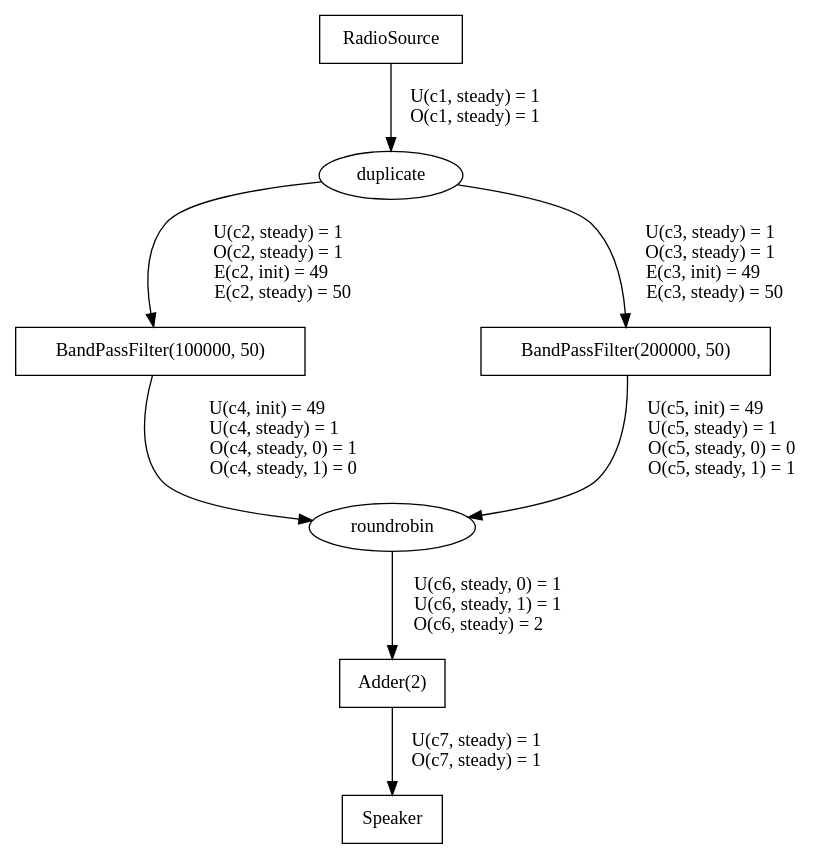
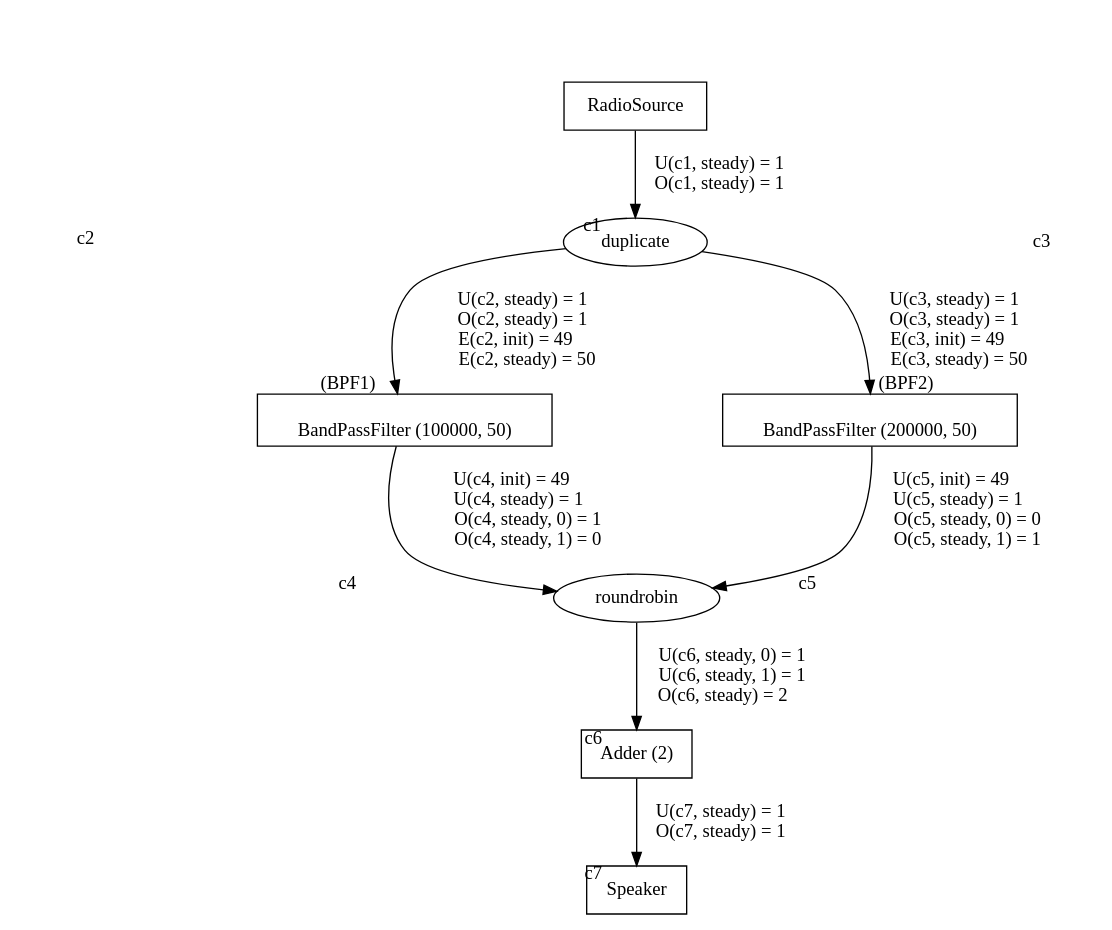
The diagram in streams/docs/popl02/equalizer.dot (rrnewton/StreamIt), drawn with Graphviz before and after one commit. The commit also changed 10 other files, not shown here.

```diff
--- a/streams/docs/popl02/equalizer.dot
+++ b/streams/docs/popl02/equalizer.dot
@@ -1,16 +1,14 @@
 digraph G {
 RadioSource [shape=box];
 Speaker [shape=box];
-
-"BandPassFilter(100000, 50)" [shape=box];
-"BandPassFilter(200000, 50)" [shape=box];
-"Adder(2)" [shape=box];
-duplicate -> "BandPassFilter(100000, 50)" [label="U(c2, steady) = 1                                           \nO(c2, steady) = 1                                           \nE(c2, init) = 49                                              \nE(c2, steady) = 50                                         "];
-duplicate -> "BandPassFilter(200000, 50)" [label="U(c3, steady) = 1     \nO(c3, steady) = 1     \nE(c3, init) = 49        \nE(c3, steady) = 50   "];
-"BandPassFilter(100000, 50)" -> roundrobin [label="U(c4, init) = 49                                                \nU(c4, steady) = 1                                             \nO(c4, steady, 0) = 1                                         \nO(c4, steady, 1) = 0                                         \n"];
-"BandPassFilter(200000, 50)" -> roundrobin [label="U(c5, init) = 49       \nU(c5, steady) = 1    \nO(c5, steady, 0) = 0\nO(c5, steady, 1) = 1\n"];
-roundrobin -> "Adder(2)" [label="U(c6, steady, 0) = 1\nU(c6, steady, 1) = 1\nO(c6, steady) = 2    "];
-RadioSource -> duplicate [label="U(c1, steady) = 1\nO(c1, steady) = 1"];
-
-"Adder(2)" -> Speaker [label="U(c7, steady) = 1\nO(c7, steady) = 1"];
+BPF1 [label="\nBandPassFilter (100000, 50)" shape=box];
+BPF2 [label="\nBandPassFilter (200000, 50)" shape=box];
+"Adder (2)" [shape=box];
+duplicate -> BPF1 [headlabel="\n\n\n(BPF1)   " taillabel="\n\n\n\n\n\n\n\n\n\nc2                                                                                        " label="U(c2, steady) = 1                                           \nO(c2, steady) = 1                                           \nE(c2, init) = 49                                              \nE(c2, steady) = 50                                         "];
+duplicate -> BPF2 [headlabel="\n\n\n(BPF2)   " taillabel="\n\n\n\n\n\n\n\n\n                                                              c3" label="U(c3, steady) = 1     \nO(c3, steady) = 1     \nE(c3, init) = 49        \nE(c3, steady) = 50   "];
+BPF1 -> roundrobin [taillabel="\n\n\n\n\n\nc4       " label="U(c4, init) = 49                                                \nU(c4, steady) = 1                                             \nO(c4, steady, 0) = 1                                         \nO(c4, steady, 1) = 0                                         \n"];
+BPF2 -> roundrobin [taillabel="\n\n\n\n\n\nc5          " label="U(c5, init) = 49       \nU(c5, steady) = 1    \nO(c5, steady, 0) = 0\nO(c5, steady, 1) = 1\n"];
+roundrobin -> "Adder (2)" [taillabel="\n\n\n\n\nc6      " label="U(c6, steady, 0) = 1\nU(c6, steady, 1) = 1\nO(c6, steady) = 2    "];
+RadioSource -> duplicate [taillabel="\n\n\n\nc1      " label="U(c1, steady) = 1\nO(c1, steady) = 1"];
+"Adder (2)" -> Speaker [taillabel="\n\n\n\nc7      " label="U(c7, steady) = 1\nO(c7, steady) = 1"];
 }
```
